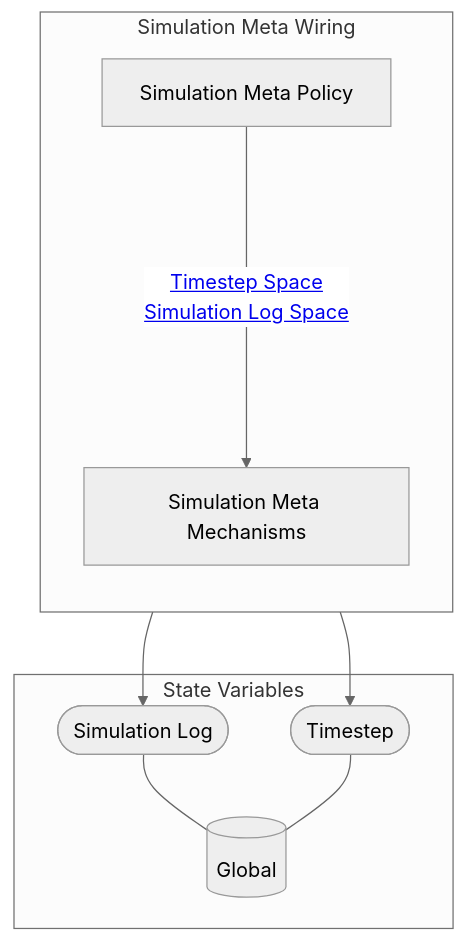
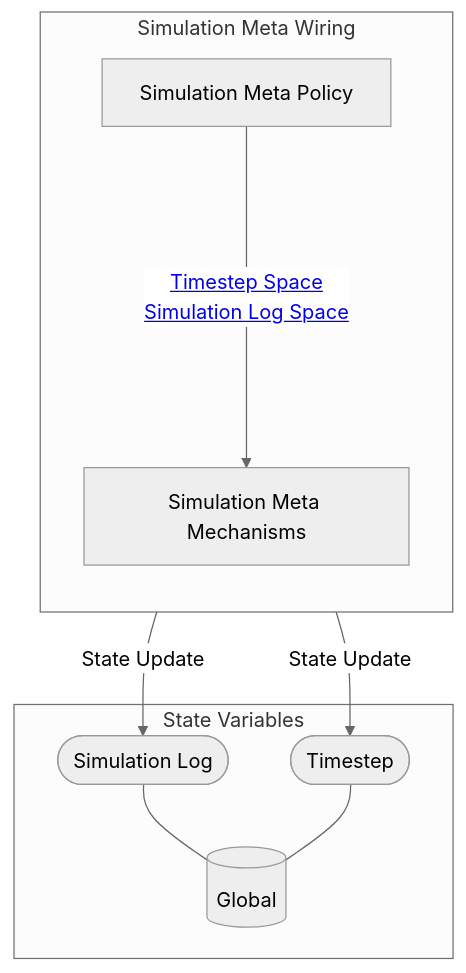
Before and after one commit to BlockScience/Predator-Prey-MSML: the first of 2 diagrams in reports/obsidian/Wiring/Simulation Meta Wiring.md, drawn with Mermaid (neutral theme). The commit also changed other lines of this file and 35 other files, not shown here.

````diff
--- a/reports/obsidian/Wiring/Simulation Meta Wiring.md
+++ b/reports/obsidian/Wiring/Simulation Meta Wiring.md
@@ -4,25 +4,25 @@
 ```mermaid
 graph TB
 
 subgraph SVS["State Variables"]
 EE0[("Global")]
 EES0(["Simulation Log"])
 EES0 --- EE0
 EES1(["Timestep"])
 EES1 --- EE0
 end
 
 subgraph X3["Simulation Meta Wiring"]
 direction TB
 X1["Simulation Meta Policy"]
 X2["Simulation Meta Mechanisms"]
-X2 --> EES0
-X2 --> EES1
+X2 --"State Update"--> EES0
+X2 --"State Update"--> EES1
 X1--"<a href='Timestep Space' class=internal-link>Timestep Space</a>
 <a href='Simulation Log Space' class=internal-link>Simulation Log Space</a>"---->X2
 end
 class X1 internal-link;
 class X2 internal-link;
 class EE0 internal-link;
 
 ```
````
